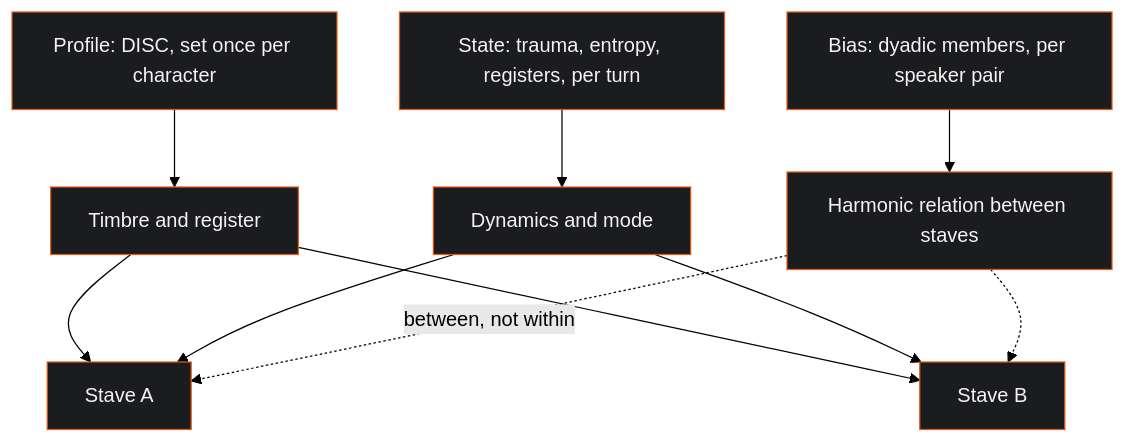
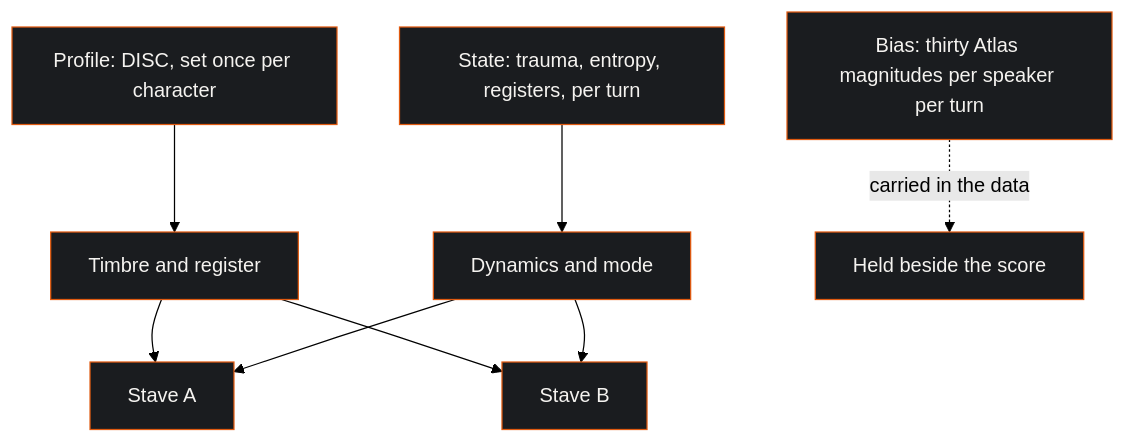
One commit to Planet9V/eigenia changed the third of 3 diagrams in references/WG-09-MPN-McKenney-Lacan-Notation/WG-09-MPN-S1-Psychometric-Calculus-Theory.md. Above: the diagram before and after it, drawn with Mermaid (forest theme). The commit also changed other lines of this file and 42 other files, not shown here.

````diff
--- a/references/WG-09-MPN-McKenney-Lacan-Notation/WG-09-MPN-S1-Psychometric-Calculus-Theory.md
+++ b/references/WG-09-MPN-McKenney-Lacan-Notation/WG-09-MPN-S1-Psychometric-Calculus-Theory.md
@@ -331,21 +349,19 @@
 ```mermaid
 flowchart TB
-    accTitle: The three layers and the channels that carry them
+    accTitle: The two rendered layers and the channels that carry them
     accDescr {
       Profile is stable across a play and takes timbre and register. State moves
-      within a scene and takes dynamics and mode. Bias belongs to a pair of
-      speakers and is carried by the harmonic relation between their staves, so
-      that no layer competes with another for a channel on a single stave.
+      within a scene and takes dynamics and mode. Each stave therefore carries
+      two independent quantities. The bias layer is carried in the data, so
+      profile and state have the whole channel budget between them.
     }
     P["Profile: DISC, set once per character"] --> C1["Timbre and register"]
     S["State: trauma, entropy, registers, per turn"] --> C2["Dynamics and mode"]
-    B["Bias: dyadic members, per speaker pair"] --> C3["Harmonic relation between staves"]
     C1 --> ST1["Stave A"]
     C2 --> ST1
     C1 --> ST2["Stave B"]
     C2 --> ST2
-    C3 -.->|"between, not within"| ST1
-    C3 -.-> ST2
+    B["Bias: thirty Atlas magnitudes per speaker per turn"] -.->|"carried in the data"| NB["Held beside the score"]
     classDef n fill:#1a1c1f,stroke:#E05A10,stroke-width:1px,color:#f5f3f0;
-    class P,S,B,C1,C2,C3,ST1,ST2 n;
+    class P,S,C1,C2,ST1,ST2,B,NB n;
 ```
````
